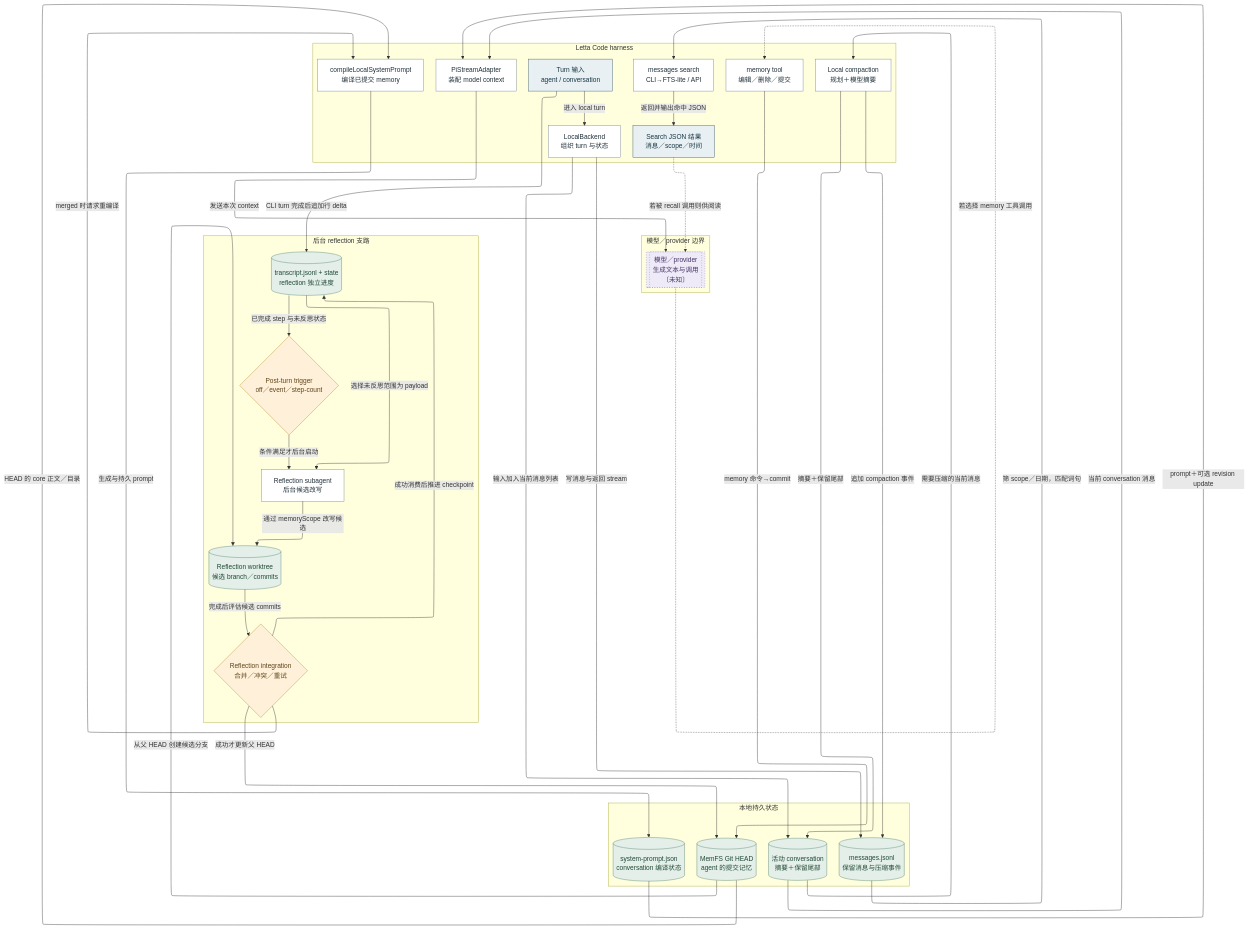
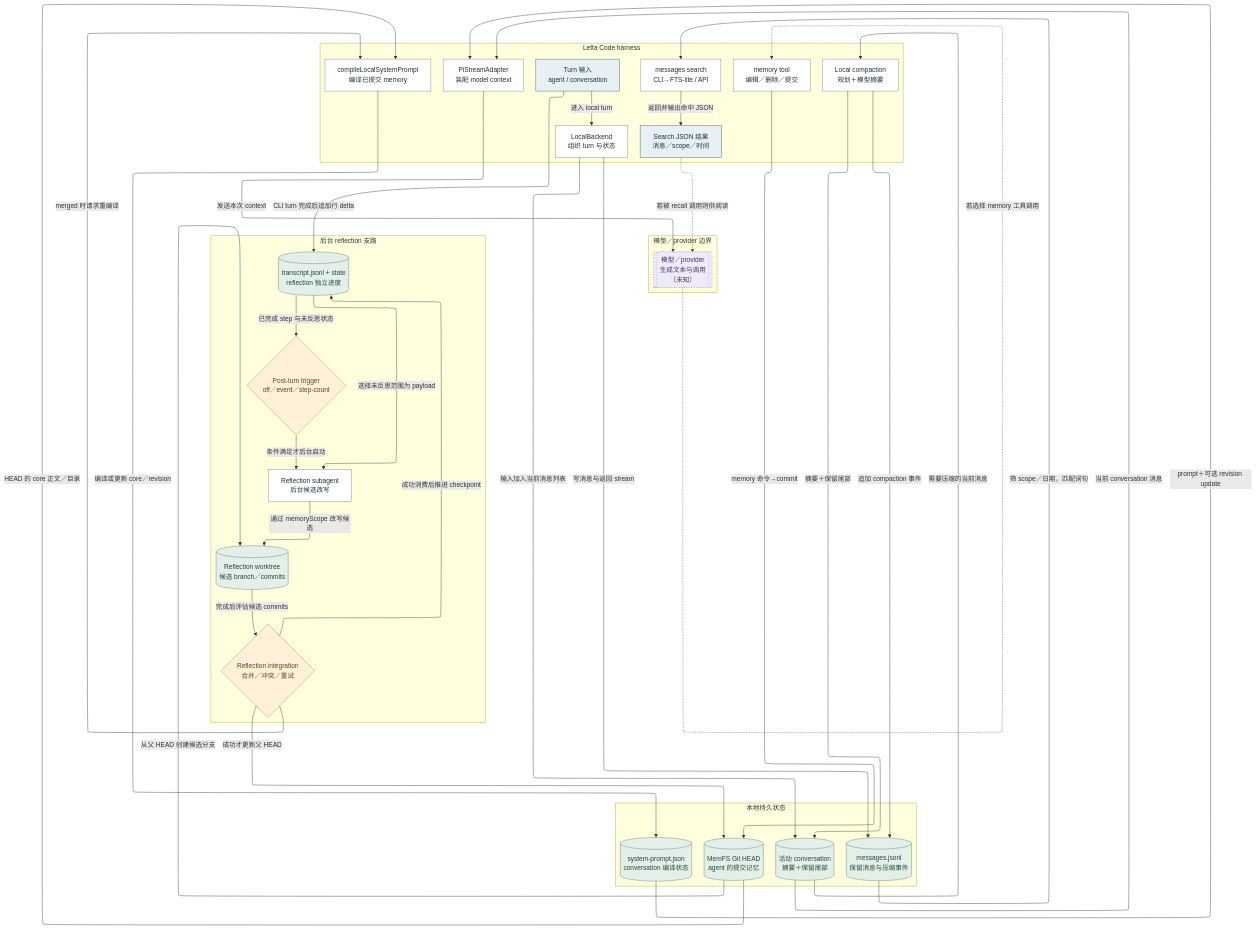
The diagram in systems/architecture-atlas/diagrams/letta/flow.mmd (IndelibleVivi/Relata), drawn with Mermaid before and after one commit. The commit also changed 13 other files, not shown here.

```diff
--- a/systems/architecture-atlas/diagrams/letta/flow.mmd
+++ b/systems/architecture-atlas/diagrams/letta/flow.mmd
@@ -1,67 +1,67 @@
 ---
 config:
   layout: elk
 ---
 flowchart TB
   subgraph region_harness["Letta Code harness"]
     entry["Turn 输入<br/>agent / conversation"]:::entry
     backend["LocalBackend<br/>组织 turn 与状态"]:::process
     compact["Local compaction<br/>规划＋模型摘要"]:::process
     compiler["compileLocalSystemPrompt<br/>编译已提交 memory"]:::process
     bridge["PiStreamAdapter<br/>装配 model context"]:::process
     edit["memory tool<br/>编辑／删除／提交"]:::process
     recall["messages search<br/>CLI→FTS-lite / API"]:::process
     search_result["Search JSON 结果<br/>消息／scope／时间"]:::output
   end
   subgraph region_storage["本地持久状态"]
     messages[("messages.jsonl<br/>保留消息与压缩事件")]:::store
     active[("活动 conversation<br/>摘要＋保留尾部")]:::store
     compiled[("system-prompt.json<br/>conversation 编译状态")]:::store
     memfs[("MemFS Git HEAD<br/>agent 的提交记忆")]:::store
   end
   subgraph region_provider["模型／provider 边界"]
     model[["模型／provider<br/>生成文本与调用<br/>〔未知〕"]]:::model
     class model unknown
   end
   subgraph region_background["后台 reflection 支路"]
     refl_log[("transcript.jsonl + state<br/>reflection 独立进度")]:::store
     refl_gate{"Post-turn trigger<br/>off／event／step-count"}:::decision
     reflection["Reflection subagent<br/>后台候选改写"]:::process
     worktree[("Reflection worktree<br/>候选 branch／commits")]:::store
     merge{"Reflection integration<br/>合并／冲突／重试"}:::decision
   end
   entry -->|"进入 local turn"| backend
   backend -->|"写消息与返回 stream"| messages
   backend -->|"输入加入当前消息列表"| active
   active -->|"需要压缩的当前消息"| compact
   compact -->|"摘要＋保留尾部"| active
   compact -->|"追加 compaction 事件"| messages
   active -->|"当前 conversation 消息"| bridge
   messages -->|"筛 scope／日期，匹配词句"| recall
   memfs -->|"HEAD 的 core 正文／目录"| compiler
-  compiler -->|"生成与持久 prompt"| compiled
+  compiler -->|"编译或更新 core／revision"| compiled
   compiled -->|"prompt＋可选 revision update"| bridge
   bridge -->|"发送本次 context"| model
   edit -->|"memory 命令→commit"| memfs
   entry -->|"CLI turn 完成后追加行 delta"| refl_log
   refl_log -->|"已完成 step 与未反思状态"| refl_gate
   refl_gate -->|"条件满足才后台启动"| reflection
   refl_log -->|"选择未反思范围为 payload"| reflection
   memfs -->|"从父 HEAD 创建候选分支"| worktree
   reflection -->|"通过 memoryScope 改写候选"| worktree
   worktree -->|"完成后评估候选 commits"| merge
   merge -->|"成功才更新父 HEAD"| memfs
   merge -->|"merged 时请求重编译"| compiler
   merge -->|"成功消费后推进 checkpoint"| refl_log
   recall -->|"返回并输出命中 JSON"| search_result
   model -.->|"若选择 memory 工具调用"| edit
   search_result -.->|"若被 recall 调用则供阅读"| model
   classDef entry fill:#e8f0f3,stroke:#365665,color:#173644
   classDef process fill:#ffffff,stroke:#76828a,color:#20313a
   classDef decision fill:#fff1d9,stroke:#b88733,color:#5d441a
   classDef store fill:#e4efe9,stroke:#54836b,color:#204a36
   classDef model fill:#eeeaf7,stroke:#8371aa,color:#453467
   classDef output fill:#e8f0f3,stroke:#365665,color:#173644
   classDef external fill:#f5f3ef,stroke:#8e897f,color:#49453e
   classDef inferred stroke-dasharray:5 4
   classDef unknown stroke-dasharray:2 4
```
